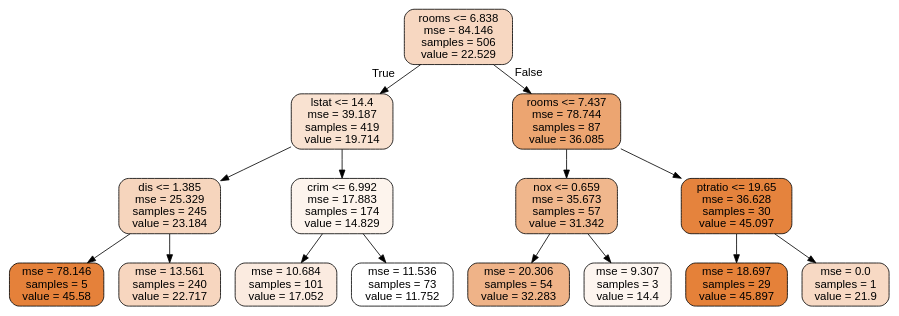
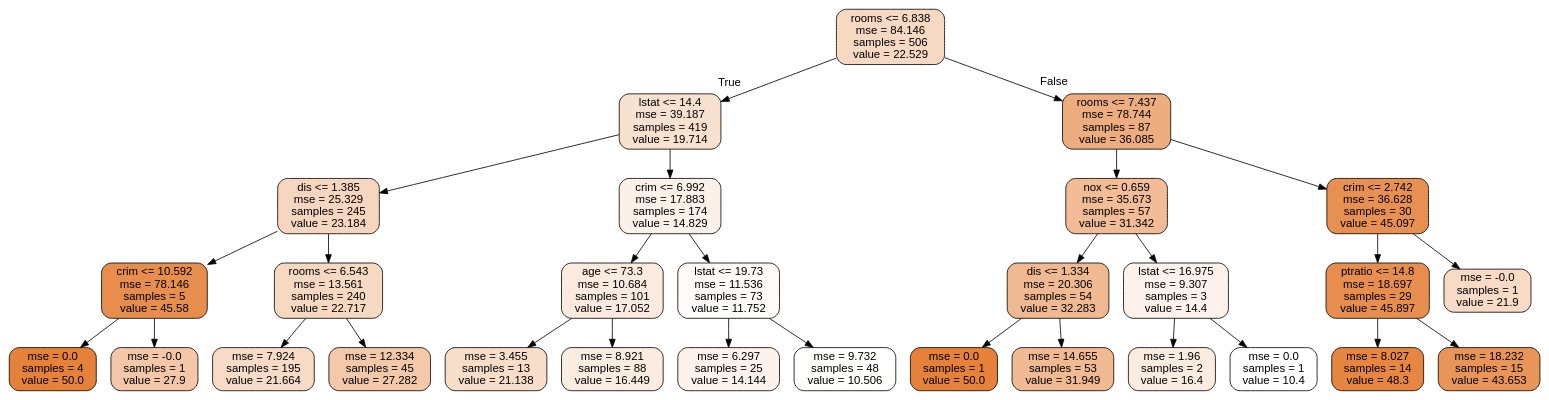
One commit to ygizhitsa/nw422 changed the diagram in hm4/boston.dot. Above: the diagram before and after it, drawn with Graphviz. The commit also changed 9 other files, not shown here.

```diff
--- a/hm4/boston.dot
+++ b/hm4/boston.dot
@@ -1,33 +1,61 @@
 digraph Tree {
 node [shape=box, style="filled, rounded", color="black", fontname=helvetica] ;
 edge [fontname=helvetica] ;
-0 [label="rooms <= 6.838\nmse = 84.146\nsamples = 506\nvalue = 22.529", fillcolor="#e5813950"] ;
-1 [label="lstat <= 14.4\nmse = 39.187\nsamples = 419\nvalue = 19.714", fillcolor="#e581393b"] ;
+0 [label="rooms <= 6.838\nmse = 84.146\nsamples = 506\nvalue = 22.529", fillcolor="#e581394e"] ;
+1 [label="lstat <= 14.4\nmse = 39.187\nsamples = 419\nvalue = 19.714", fillcolor="#e581393c"] ;
 0 -> 1 [labeldistance=2.5, labelangle=45, headlabel="True"] ;
-2 [label="dis <= 1.385\nmse = 25.329\nsamples = 245\nvalue = 23.184", fillcolor="#e5813955"] ;
+2 [label="dis <= 1.385\nmse = 25.329\nsamples = 245\nvalue = 23.184", fillcolor="#e5813952"] ;
 1 -> 2 ;
-3 [label="mse = 78.146\nsamples = 5\nvalue = 45.58", fillcolor="#e58139fd"] ;
+3 [label="crim <= 10.592\nmse = 78.146\nsamples = 5\nvalue = 45.58", fillcolor="#e58139e3"] ;
 2 -> 3 ;
-4 [label="mse = 13.561\nsamples = 240\nvalue = 22.717", fillcolor="#e5813952"] ;
-2 -> 4 ;
-5 [label="crim <= 6.992\nmse = 17.883\nsamples = 174\nvalue = 14.829", fillcolor="#e5813917"] ;
-1 -> 5 ;
-6 [label="mse = 10.684\nsamples = 101\nvalue = 17.052", fillcolor="#e5813928"] ;
-5 -> 6 ;
-7 [label="mse = 11.536\nsamples = 73\nvalue = 11.752", fillcolor="#e5813900"] ;
-5 -> 7 ;
-8 [label="rooms <= 7.437\nmse = 78.744\nsamples = 87\nvalue = 36.085", fillcolor="#e58139b6"] ;
-0 -> 8 [labeldistance=2.5, labelangle=-45, headlabel="False"] ;
-9 [label="nox <= 0.659\nmse = 35.673\nsamples = 57\nvalue = 31.342", fillcolor="#e5813992"] ;
-8 -> 9 ;
-10 [label="mse = 20.306\nsamples = 54\nvalue = 32.283", fillcolor="#e5813999"] ;
+4 [label="mse = 0.0\nsamples = 4\nvalue = 50.0", fillcolor="#e58139ff"] ;
+3 -> 4 ;
+5 [label="mse = -0.0\nsamples = 1\nvalue = 27.9", fillcolor="#e5813971"] ;
+3 -> 5 ;
+6 [label="rooms <= 6.543\nmse = 13.561\nsamples = 240\nvalue = 22.717", fillcolor="#e581394f"] ;
+2 -> 6 ;
+7 [label="mse = 7.924\nsamples = 195\nvalue = 21.664", fillcolor="#e5813949"] ;
+6 -> 7 ;
+8 [label="mse = 12.334\nsamples = 45\nvalue = 27.282", fillcolor="#e581396d"] ;
+6 -> 8 ;
+9 [label="crim <= 6.992\nmse = 17.883\nsamples = 174\nvalue = 14.829", fillcolor="#e581391d"] ;
+1 -> 9 ;
+10 [label="age <= 73.3\nmse = 10.684\nsamples = 101\nvalue = 17.052", fillcolor="#e581392b"] ;
 9 -> 10 ;
-11 [label="mse = 9.307\nsamples = 3\nvalue = 14.4", fillcolor="#e5813914"] ;
-9 -> 11 ;
-12 [label="ptratio <= 19.65\nmse = 36.628\nsamples = 30\nvalue = 45.097", fillcolor="#e58139f9"] ;
-8 -> 12 ;
-13 [label="mse = 18.697\nsamples = 29\nvalue = 45.897", fillcolor="#e58139ff"] ;
-12 -> 13 ;
-14 [label="mse = 0.0\nsamples = 1\nvalue = 21.9", fillcolor="#e581394c"] ;
-12 -> 14 ;
+11 [label="mse = 3.455\nsamples = 13\nvalue = 21.138", fillcolor="#e5813945"] ;
+10 -> 11 ;
+12 [label="mse = 8.921\nsamples = 88\nvalue = 16.449", fillcolor="#e5813927"] ;
+10 -> 12 ;
+13 [label="lstat <= 19.73\nmse = 11.536\nsamples = 73\nvalue = 11.752", fillcolor="#e5813909"] ;
+9 -> 13 ;
+14 [label="mse = 6.297\nsamples = 25\nvalue = 14.144", fillcolor="#e5813918"] ;
+13 -> 14 ;
+15 [label="mse = 9.732\nsamples = 48\nvalue = 10.506", fillcolor="#e5813901"] ;
+13 -> 15 ;
+16 [label="rooms <= 7.437\nmse = 78.744\nsamples = 87\nvalue = 36.085", fillcolor="#e58139a5"] ;
+0 -> 16 [labeldistance=2.5, labelangle=-45, headlabel="False"] ;
+17 [label="nox <= 0.659\nmse = 35.673\nsamples = 57\nvalue = 31.342", fillcolor="#e5813987"] ;
+16 -> 17 ;
+18 [label="dis <= 1.334\nmse = 20.306\nsamples = 54\nvalue = 32.283", fillcolor="#e581398d"] ;
+17 -> 18 ;
+19 [label="mse = 0.0\nsamples = 1\nvalue = 50.0", fillcolor="#e58139ff"] ;
+18 -> 19 ;
+20 [label="mse = 14.655\nsamples = 53\nvalue = 31.949", fillcolor="#e581398b"] ;
+18 -> 20 ;
+21 [label="lstat <= 16.975\nmse = 9.307\nsamples = 3\nvalue = 14.4", fillcolor="#e581391a"] ;
+17 -> 21 ;
+22 [label="mse = 1.96\nsamples = 2\nvalue = 16.4", fillcolor="#e5813927"] ;
+21 -> 22 ;
+23 [label="mse = 0.0\nsamples = 1\nvalue = 10.4", fillcolor="#e5813900"] ;
+21 -> 23 ;
+24 [label="crim <= 2.742\nmse = 36.628\nsamples = 30\nvalue = 45.097", fillcolor="#e58139df"] ;
+16 -> 24 ;
+25 [label="ptratio <= 14.8\nmse = 18.697\nsamples = 29\nvalue = 45.897", fillcolor="#e58139e5"] ;
+24 -> 25 ;
+26 [label="mse = 8.027\nsamples = 14\nvalue = 48.3", fillcolor="#e58139f4"] ;
+25 -> 26 ;
+27 [label="mse = 18.232\nsamples = 15\nvalue = 43.653", fillcolor="#e58139d6"] ;
+25 -> 27 ;
+28 [label="mse = -0.0\nsamples = 1\nvalue = 21.9", fillcolor="#e581394a"] ;
+24 -> 28 ;
 }
```
